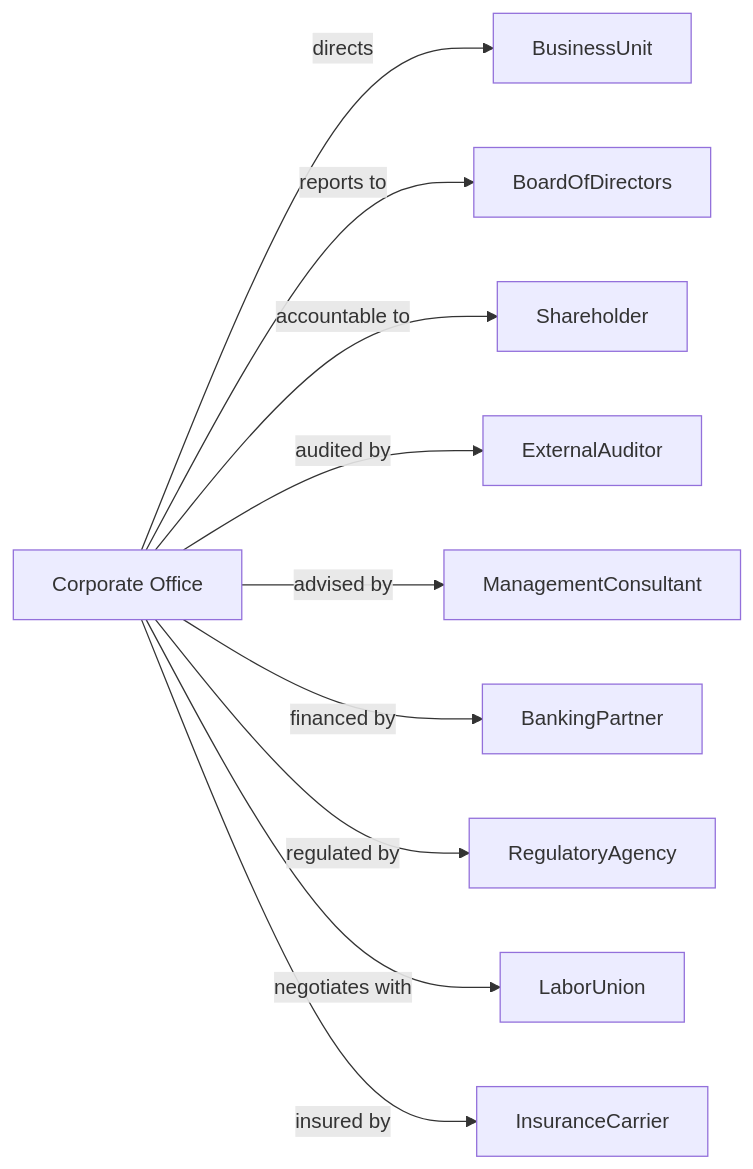
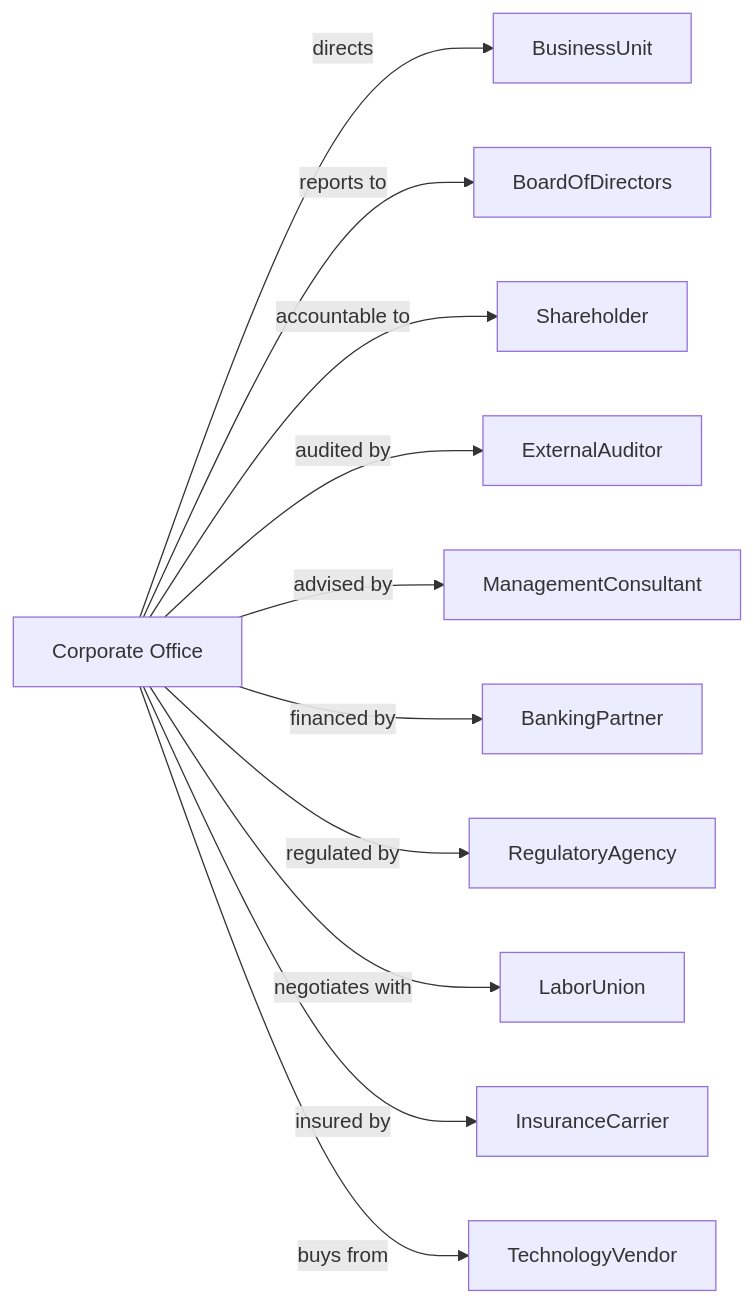
Before and after one commit to dot-org-ai/industries.org.ai: the second of 2 diagrams in Management/Management/Management/CorporateSubsidiaryAndRegionalManagingOffices.mdx, drawn with Mermaid. The commit also changed 588 other files, not shown here.

````diff
--- a/Management/Management/Management/CorporateSubsidiaryAndRegionalManagingOffices.mdx
+++ b/Management/Management/Management/CorporateSubsidiaryAndRegionalManagingOffices.mdx
@@ -143,14 +143,15 @@
 ```mermaid
 graph LR
     CO[Corporate Office]
 
     CO -->|directs| BusinessUnit
     CO -->|reports to| BoardOfDirectors
     CO -->|accountable to| Shareholder
     CO -->|audited by| ExternalAuditor
     CO -->|advised by| ManagementConsultant
     CO -->|financed by| BankingPartner
     CO -->|regulated by| RegulatoryAgency
     CO -->|negotiates with| LaborUnion
     CO -->|insured by| InsuranceCarrier
+    CO -->|buys from| TechnologyVendor
 ```
````
